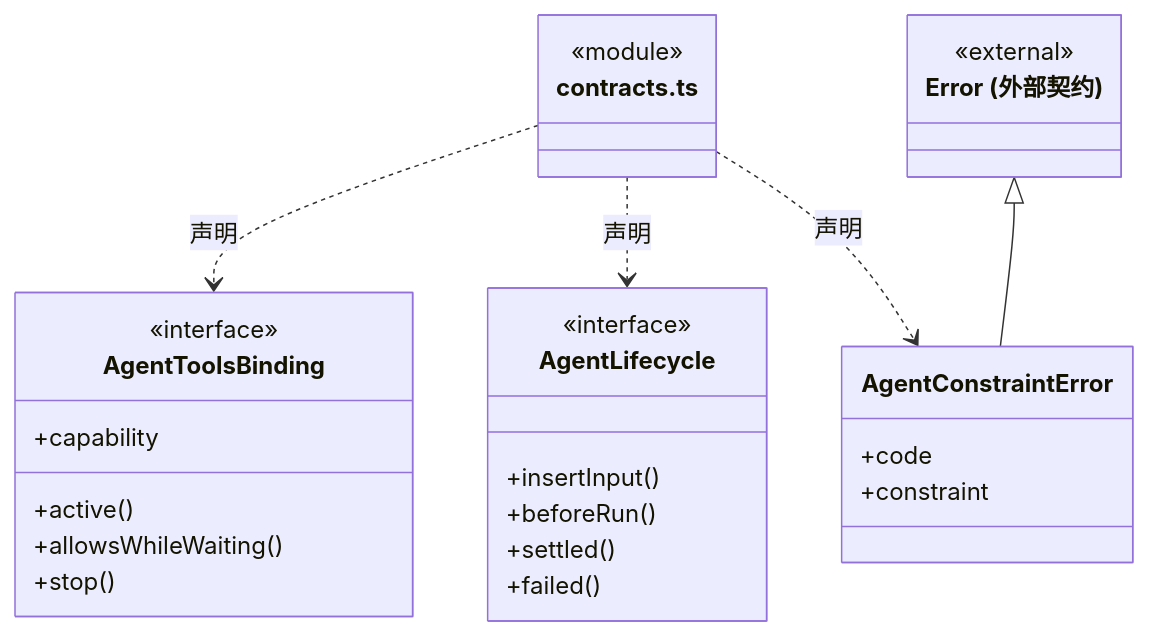
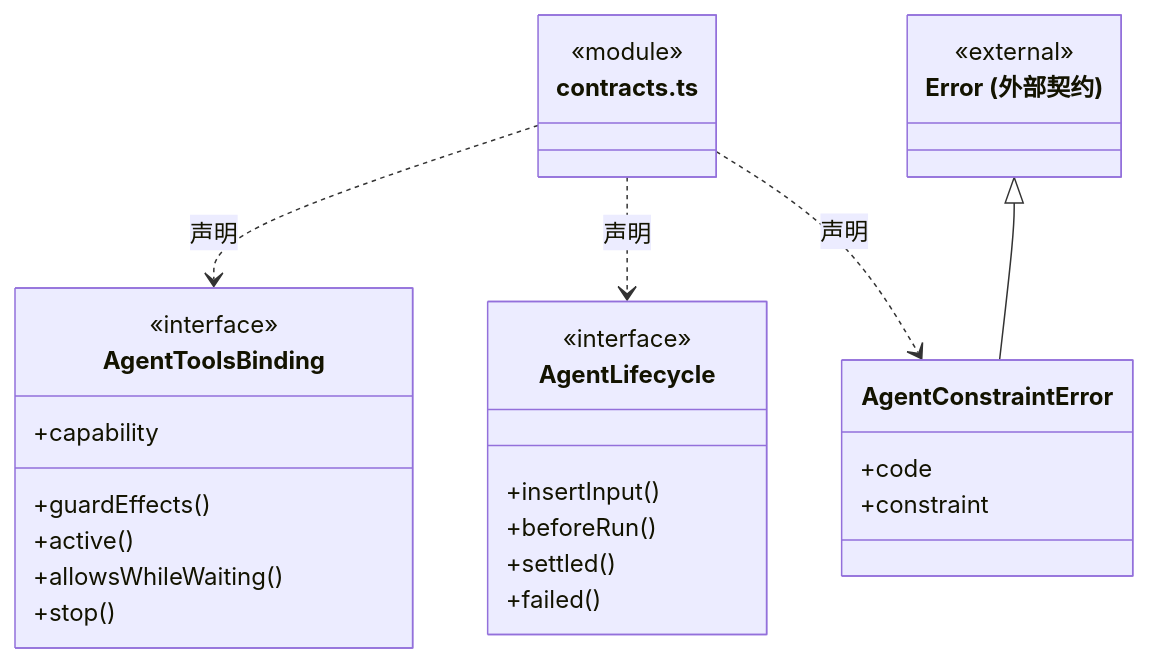
One commit to nan023062/cbim changed the fourth of 7 diagrams in src/logic/agents/ARCHITECTURE.md. Above: the diagram before and after it, drawn with Mermaid. The commit also changed other lines of this file and 14 other files, not shown here.

````diff
--- a/src/logic/agents/ARCHITECTURE.md
+++ b/src/logic/agents/ARCHITECTURE.md
@@ -100,31 +100,32 @@
 ```mermaid
 classDiagram
 class N_src_logic_agents_contracts_ts["contracts.ts"] {
   <<module>>
 }
 class N_src_logic_agents_contracts_ts_AgentToolsBinding["AgentToolsBinding"] {
   <<interface>>
+  +guardEffects()
   +capability
   +active()
   +allowsWhileWaiting()
   +stop()
 }
 N_src_logic_agents_contracts_ts ..> N_src_logic_agents_contracts_ts_AgentToolsBinding : 声明
 class N_src_logic_agents_contracts_ts_AgentLifecycle["AgentLifecycle"] {
   <<interface>>
   +insertInput()
   +beforeRun()
   +settled()
   +failed()
 }
 N_src_logic_agents_contracts_ts ..> N_src_logic_agents_contracts_ts_AgentLifecycle : 声明
 class N_src_logic_agents_contracts_ts_AgentConstraintError["AgentConstraintError"] {
   +code
   +constraint
 }
 N_src_logic_agents_contracts_ts ..> N_src_logic_agents_contracts_ts_AgentConstraintError : 声明
 class N_src_logic_agents_contracts_ts_external_Error["Error (外部契约)"] {
   <<external>>
 }
 N_src_logic_agents_contracts_ts_external_Error <|-- N_src_logic_agents_contracts_ts_AgentConstraintError
 ```
````
